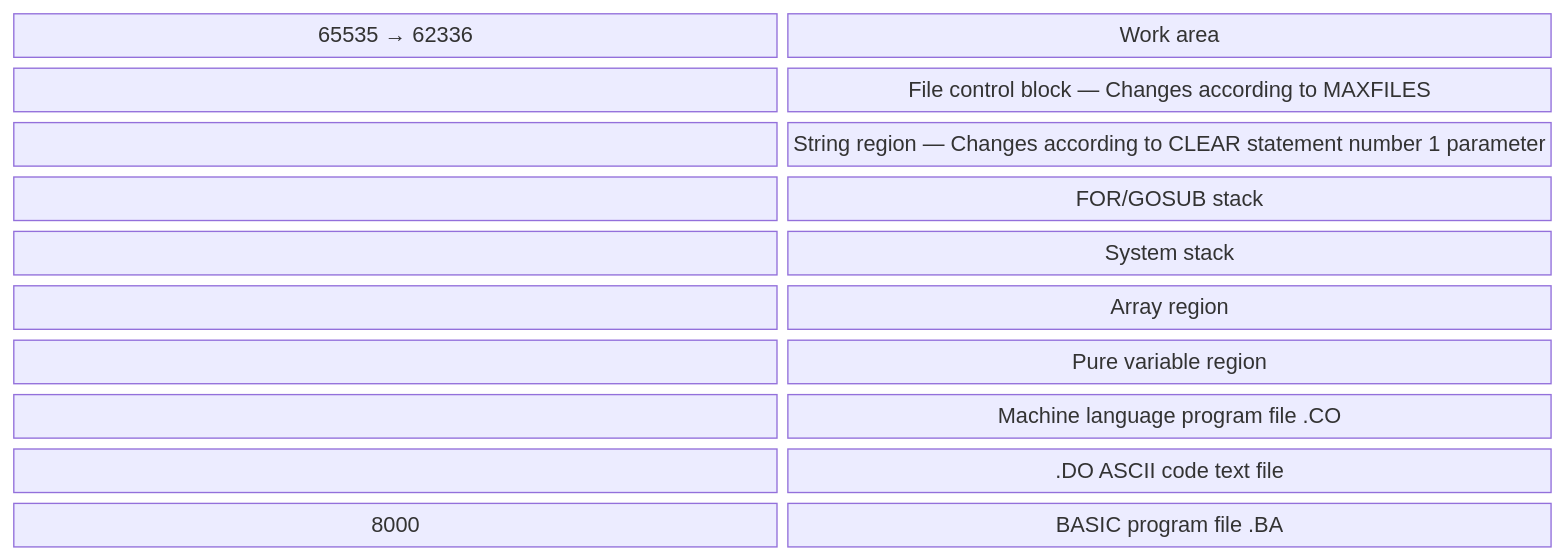
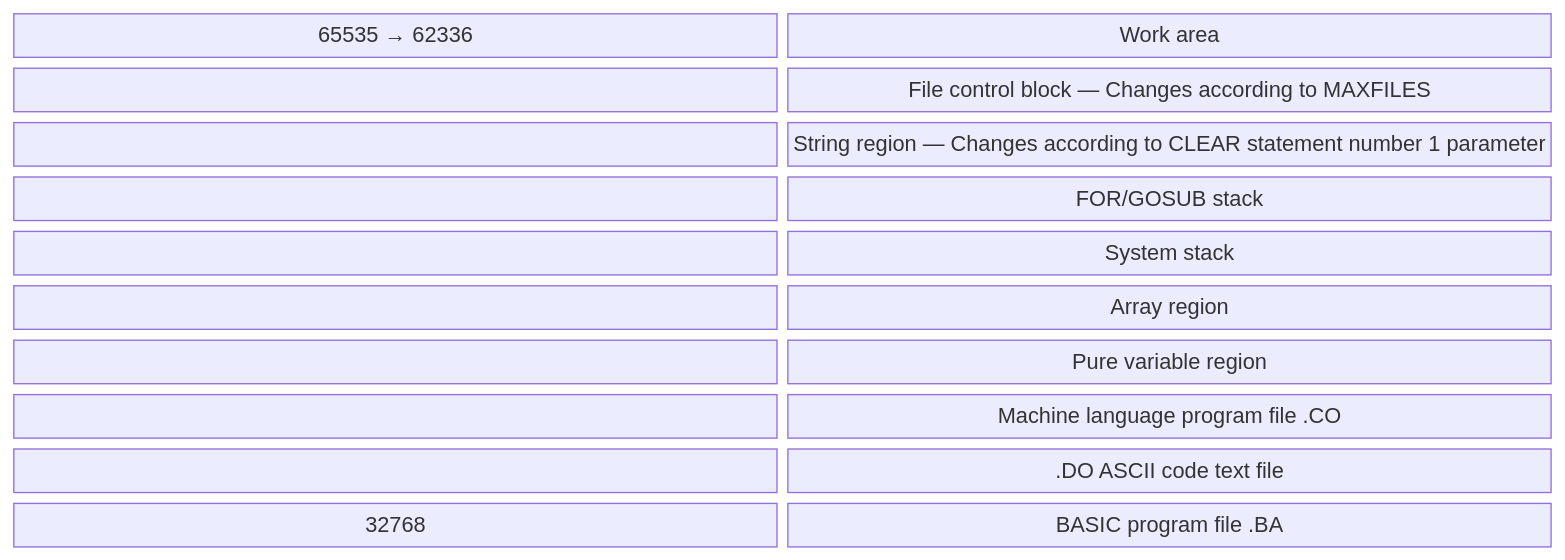
One commit to akostibas/pc8201a-meshtastic changed the first of 2 diagrams in docs/pc-8201a-basic-ref/chapters/appendix-b-memory-maps.md. Above: the diagram before and after it, drawn with Mermaid. The commit also changed other lines of this file, not shown here.

First line of the commit message:
docs: fix mixed-notation address in BASIC Reference memory map B.1

````diff
--- a/docs/pc-8201a-basic-ref/chapters/appendix-b-memory-maps.md
+++ b/docs/pc-8201a-basic-ref/chapters/appendix-b-memory-maps.md
@@ -15,14 +15,14 @@
 ```mermaid
 block-beta
   columns 2
   top["65535 → 62336"]:1 work["Work area"]:1
   a1[" "]:1 fcb["File control block — Changes according to MAXFILES"]:1
   a2[" "]:1 str["String region — Changes according to CLEAR statement number 1 parameter"]:1
   a3[" "]:1 fg["FOR/GOSUB stack"]:1
   a4[" "]:1 sys["System stack"]:1
   a5[" "]:1 arr["Array region"]:1
   a6[" "]:1 pure["Pure variable region"]:1
   a7[" "]:1 co["Machine language program file .CO"]:1
   a8[" "]:1 do[".DO ASCII code text file"]:1
-  bot["8000"]:1 ba["BASIC program file .BA"]:1
+  bot["32768"]:1 ba["BASIC program file .BA"]:1
 ```
````
